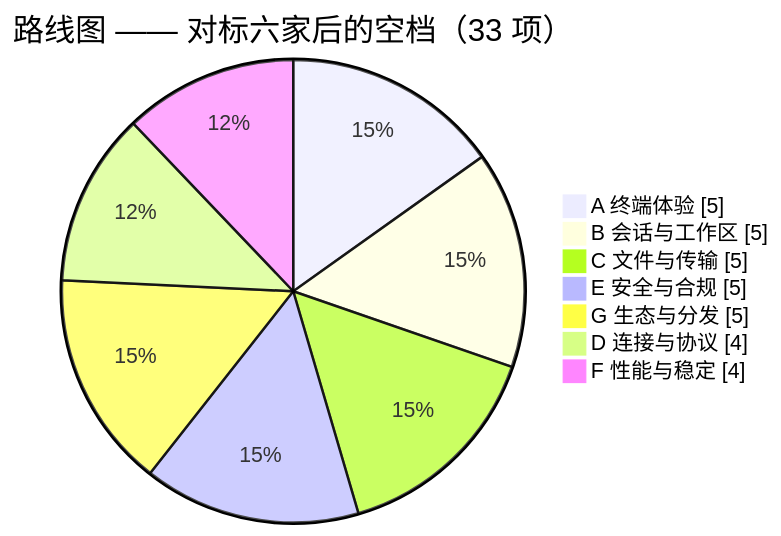
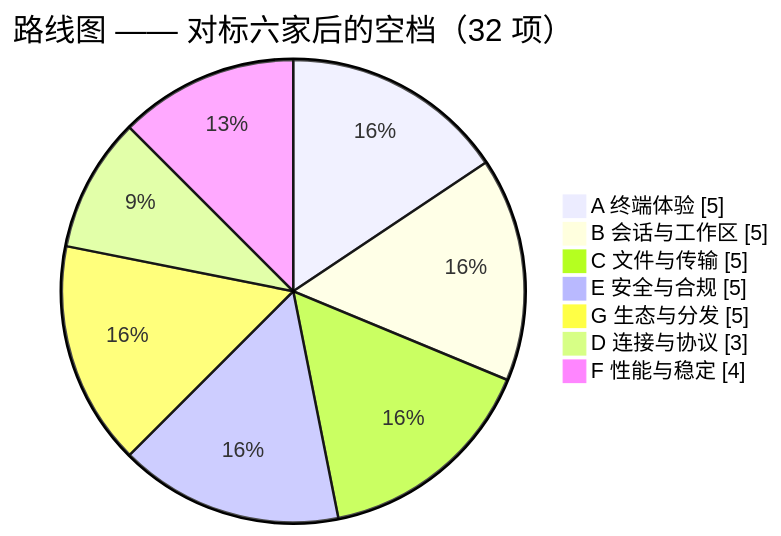
One commit to joesdu/VelaShell changed the second of 2 diagrams in feature-plan.md. Above: the diagram before and after it, drawn with Mermaid. The commit also changed other lines of this file and 32 other files, not shown here.

````diff
--- a/feature-plan.md
+++ b/feature-plan.md
@@ -51,11 +51,11 @@
 ```mermaid
 pie showData
-    title 路线图 —— 对标六家后的空档（33 项）
+    title 路线图 —— 对标六家后的空档（32 项）
     "A 终端体验" : 5
     "B 会话与工作区" : 5
     "C 文件与传输" : 5
     "E 安全与合规" : 5
     "G 生态与分发" : 5
-    "D 连接与协议" : 4
+    "D 连接与协议" : 3
     "F 性能与稳定" : 4
 ```
````
